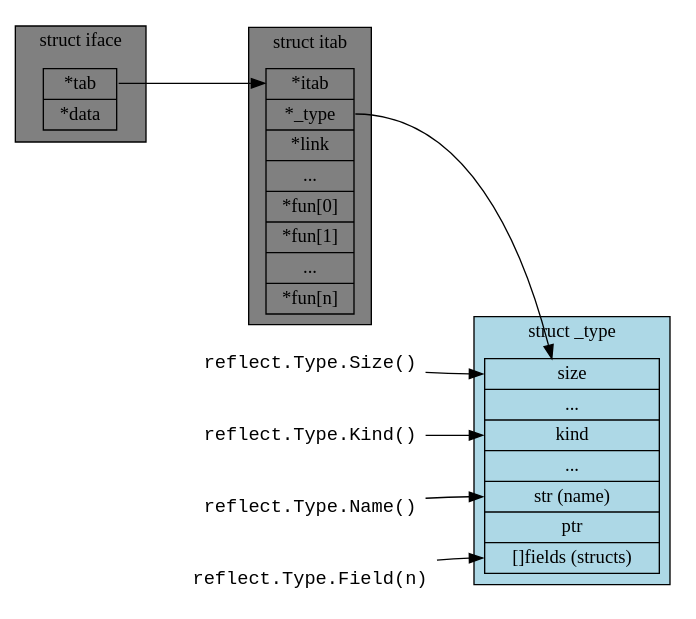
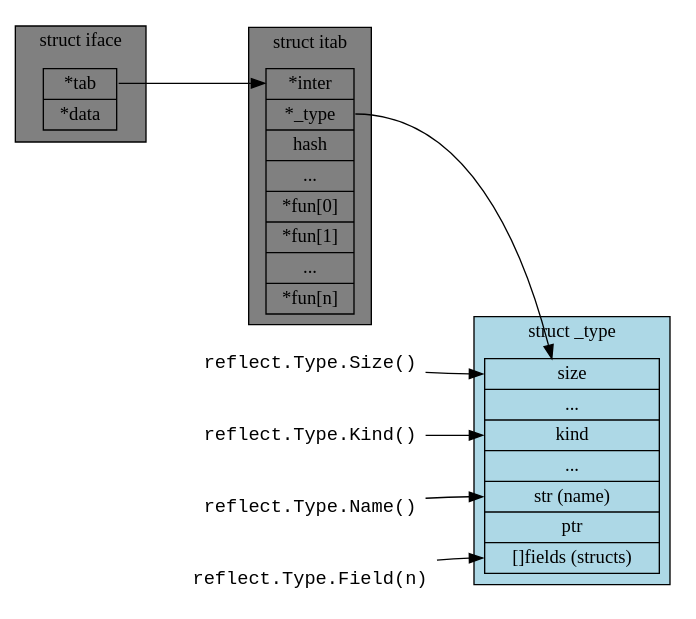
Before and after one commit to gopheracademy/gopheracademy-web: the diagram in content/advent-2018/interfaces-images/reflect-type.dot, drawn with Graphviz. The commit also changed 5 other files, not shown here.

```diff
--- a/content/advent-2018/interfaces-images/reflect-type.dot
+++ b/content/advent-2018/interfaces-images/reflect-type.dot
@@ -1,31 +1,31 @@
 digraph G {
   rankdir="LR";
   subgraph X {
     node [shape=record]
     subgraph cluster_0 {
 			bgcolor=grey;
       label = "struct iface";
       iface [ label = " <iftab> *tab  | <data> *data " ];
     }
     subgraph cluster_1 {
       label = "struct itab";
 			bgcolor=grey;
-      itable [ label = " <itab> *itab  | <type> *_type | *link  | ... | <func> *fun[0] | *fun[1] | ... | *fun[n] " ];
+      itable [ label = " <itab> *inter  | <type> *_type | hash | ... | *fun[0] | *fun[1] | ... | *fun[n] " ];
     }
     subgraph cluster_3 {
       label = "struct _type";
 			bgcolor=lightblue;
       type [ label = " <size> size | ... | <kind> kind | ...| <name> str (name) | ptr | <fields> []fields (structs)" ];
     }
   }
 
 	node [fontname=courier, shape=none]
 	"reflect.Type.Kind()" -> type:kind;
 	"reflect.Type.Size()" -> type:size;
 	"reflect.Type.Name()" -> type:name;
 
 	"reflect.Type.Field(n)" -> type:fields;
 
   itable:type -> type;
   iface:iftab -> itable:itab;
 }
```
